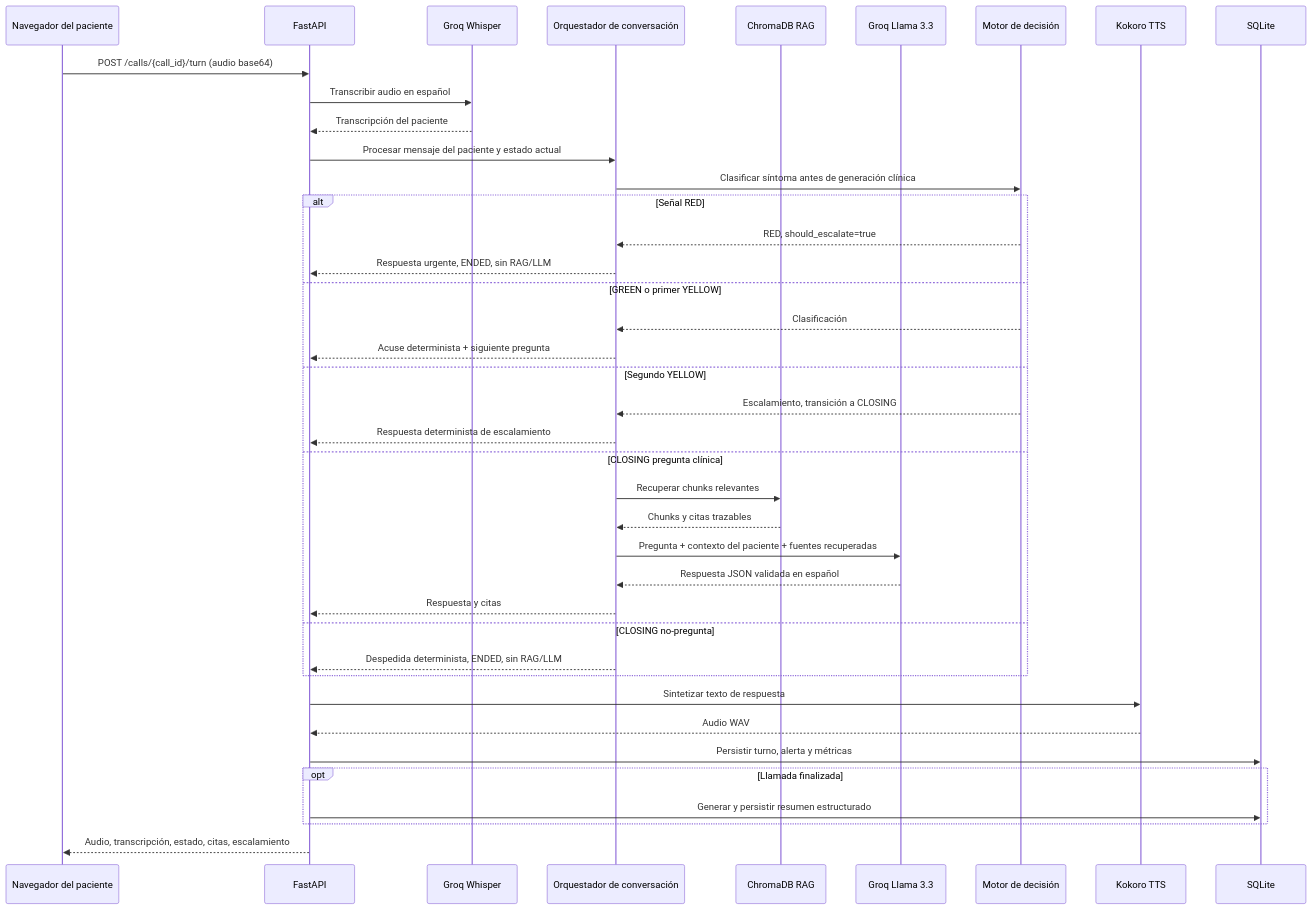
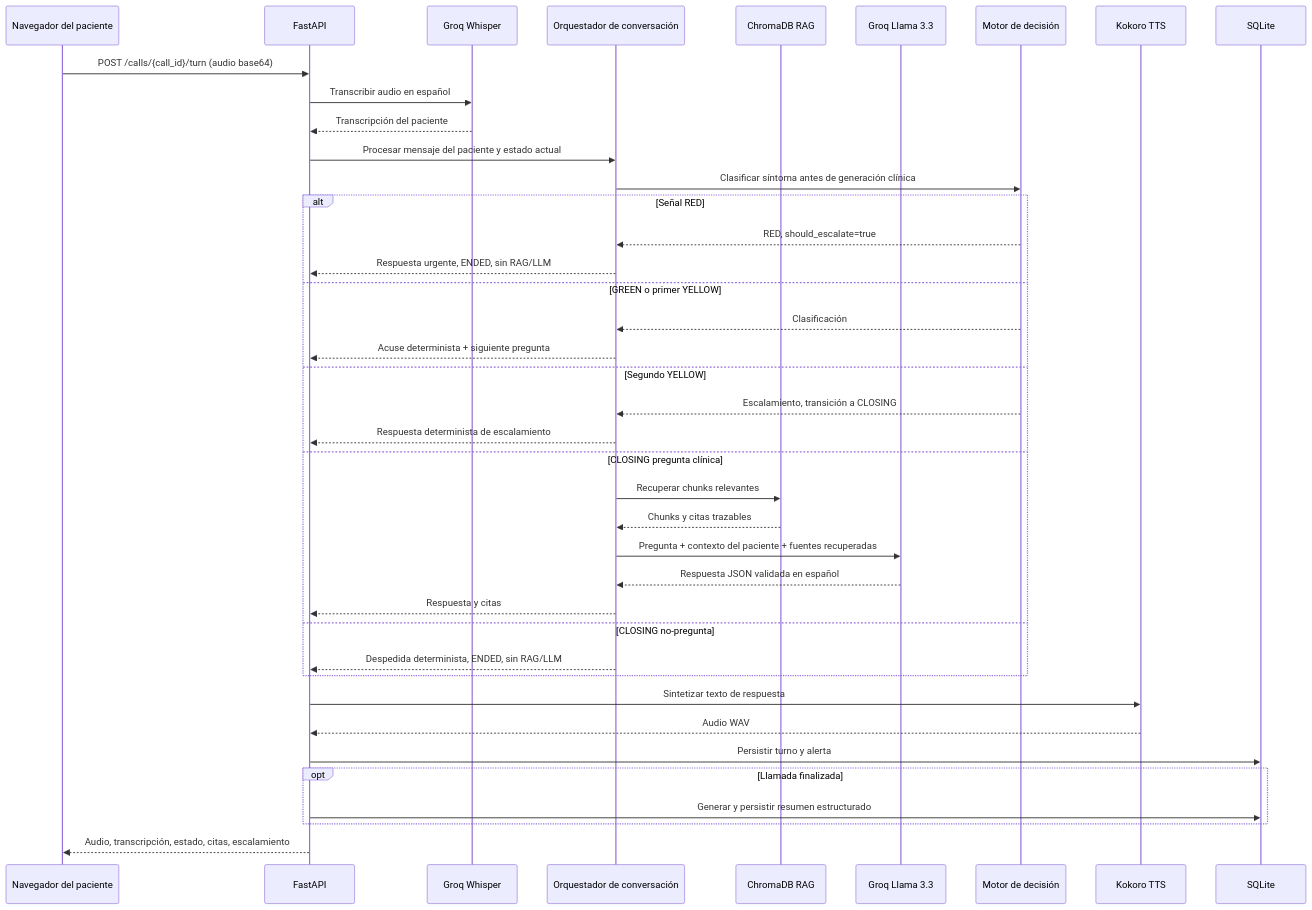
One commit to Edigiraldo/tech-sphere-challenge changed the second of 4 diagrams in docs/ARCHITECTURE-DIAGRAM.md. Above: the diagram before and after it, drawn with Mermaid. The commit also changed other lines of this file and 4 other files, not shown here.

````diff
--- a/docs/ARCHITECTURE-DIAGRAM.md
+++ b/docs/ARCHITECTURE-DIAGRAM.md
@@ -80,45 +79,45 @@
 ```mermaid
 sequenceDiagram
     participant P as Navegador del paciente
     participant API as FastAPI
     participant STT as Groq Whisper
     participant C as Orquestador de conversación
     participant R as ChromaDB RAG
     participant L as Groq Llama 3.3
     participant D as Motor de decisión
     participant T as Kokoro TTS
     participant DB as SQLite
 
     P->>API: POST /calls/{call_id}/turn (audio base64)
     API->>STT: Transcribir audio en español
     STT-->>API: Transcripción del paciente
     API->>C: Procesar mensaje del paciente y estado actual
     C->>D: Clasificar síntoma antes de generación clínica
 
     alt Señal RED
         D-->>C: RED, should_escalate=true
         C-->>API: Respuesta urgente, ENDED, sin RAG/LLM
     else GREEN o primer YELLOW
         D-->>C: Clasificación
         C-->>API: Acuse determinista + siguiente pregunta
     else Segundo YELLOW
         D-->>C: Escalamiento, transición a CLOSING
         C-->>API: Respuesta determinista de escalamiento
     else CLOSING pregunta clínica
         C->>R: Recuperar chunks relevantes
         R-->>C: Chunks y citas trazables
         C->>L: Pregunta + contexto del paciente + fuentes recuperadas
         L-->>C: Respuesta JSON validada en español
         C-->>API: Respuesta y citas
     else CLOSING no-pregunta
         C-->>API: Despedida determinista, ENDED, sin RAG/LLM
     end
 
     API->>T: Sintetizar texto de respuesta
     T-->>API: Audio WAV
-    API->>DB: Persistir turno, alerta y métricas
+    API->>DB: Persistir turno y alerta
     opt Llamada finalizada
         API->>DB: Generar y persistir resumen estructurado
     end
     API-->>P: Audio, transcripción, estado, citas, escalamiento
 ```
````
